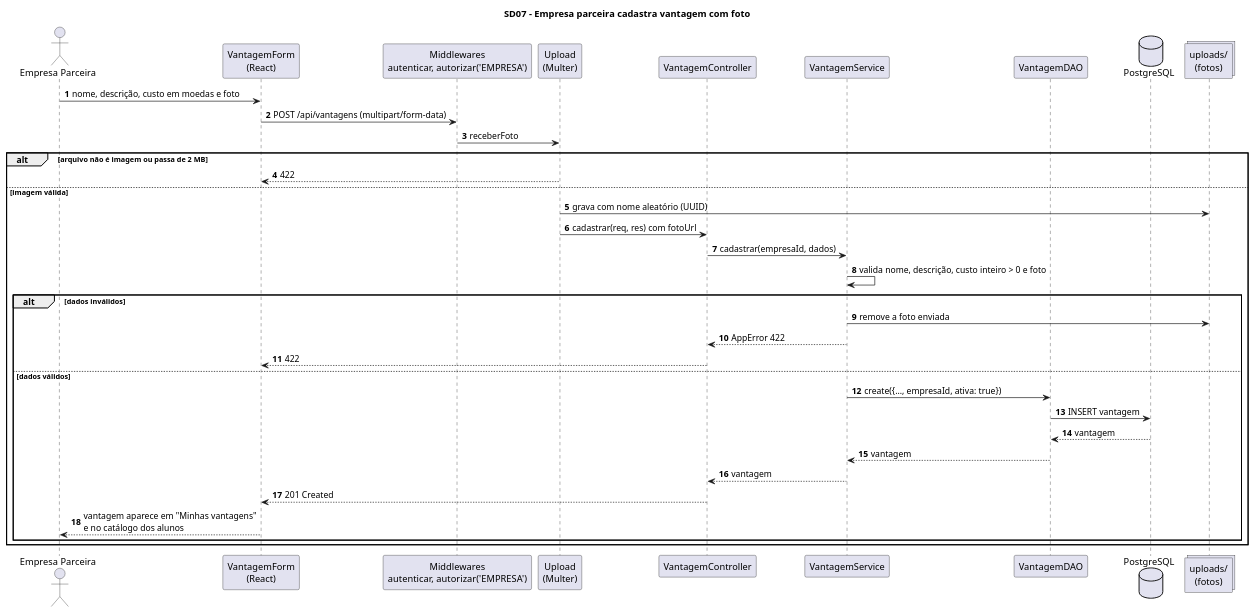
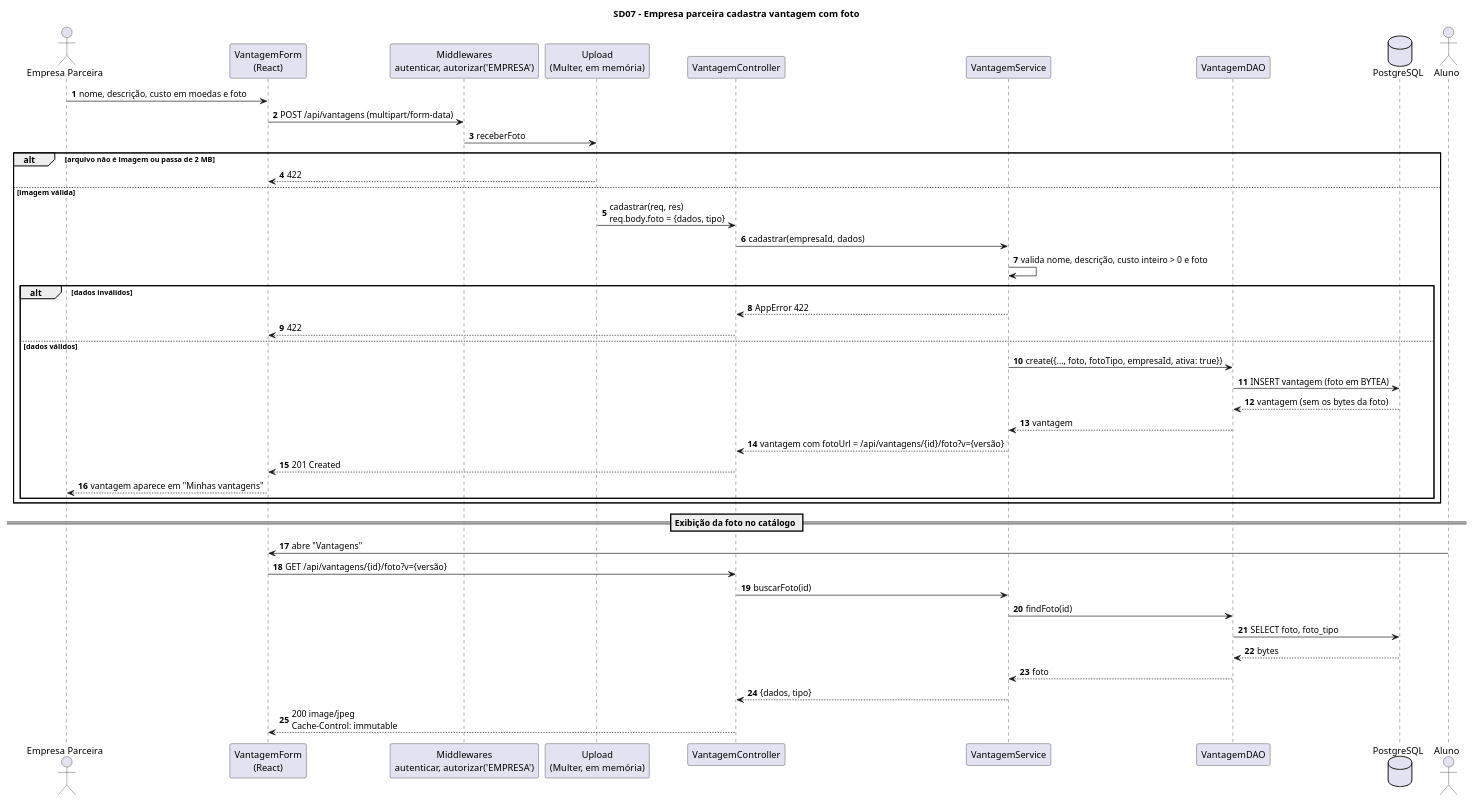
The diagram in docs/diagramas/sequencia/sd07-cadastrar-vantagem.puml (natadias/moeda-estudantil), drawn with PlantUML before and after one commit. The commit also changed 39 other files, not shown here.

```diff
--- a/docs/diagramas/sequencia/sd07-cadastrar-vantagem.puml
+++ b/docs/diagramas/sequencia/sd07-cadastrar-vantagem.puml
@@ -1,41 +1,50 @@
 @startuml sd07-cadastrar-vantagem
 title SD07 - Empresa parceira cadastra vantagem com foto
 autonumber
 skinparam sequenceMessageAlign left
 skinparam responseMessageBelowArrow true
 
 actor "Empresa Parceira" as Empresa
 participant "VantagemForm\n(React)" as UI
 participant "Middlewares\nautenticar, autorizar('EMPRESA')" as MW
-participant "Upload\n(Multer)" as Up
+participant "Upload\n(Multer, em memória)" as Up
 participant "VantagemController" as C
 participant "VantagemService" as S
 participant "VantagemDAO" as DAO
 database "PostgreSQL" as DB
-collections "uploads/\n(fotos)" as Pasta
+actor Aluno
 
 Empresa -> UI : nome, descrição, custo em moedas e foto
 UI -> MW : POST /api/vantagens (multipart/form-data)
 MW -> Up : receberFoto
 alt arquivo não é imagem ou passa de 2 MB
   Up --> UI : 422
 else imagem válida
-  Up -> Pasta : grava com nome aleatório (UUID)
-  Up -> C : cadastrar(req, res) com fotoUrl
+  Up -> C : cadastrar(req, res)\nreq.body.foto = {dados, tipo}
   C -> S : cadastrar(empresaId, dados)
   S -> S : valida nome, descrição, custo inteiro > 0 e foto
   alt dados inválidos
-    S -> Pasta : remove a foto enviada
     S --> C : AppError 422
     C --> UI : 422
   else dados válidos
-    S -> DAO : create({..., empresaId, ativa: true})
-    DAO -> DB : INSERT vantagem
-    DB --> DAO : vantagem
+    S -> DAO : create({..., foto, fotoTipo, empresaId, ativa: true})
+    DAO -> DB : INSERT vantagem (foto em BYTEA)
+    DB --> DAO : vantagem (sem os bytes da foto)
     DAO --> S : vantagem
-    S --> C : vantagem
+    S --> C : vantagem com fotoUrl = /api/vantagens/{id}/foto?v={versão}
     C --> UI : 201 Created
-    UI --> Empresa : vantagem aparece em "Minhas vantagens"\ne no catálogo dos alunos
+    UI --> Empresa : vantagem aparece em "Minhas vantagens"
   end
 end
+
+== Exibição da foto no catálogo ==
+Aluno -> UI : abre "Vantagens"
+UI -> C : GET /api/vantagens/{id}/foto?v={versão}
+C -> S : buscarFoto(id)
+S -> DAO : findFoto(id)
+DAO -> DB : SELECT foto, foto_tipo
+DB --> DAO : bytes
+DAO --> S : foto
+S --> C : {dados, tipo}
+C --> UI : 200 image/jpeg\nCache-Control: immutable
 @enduml
```
